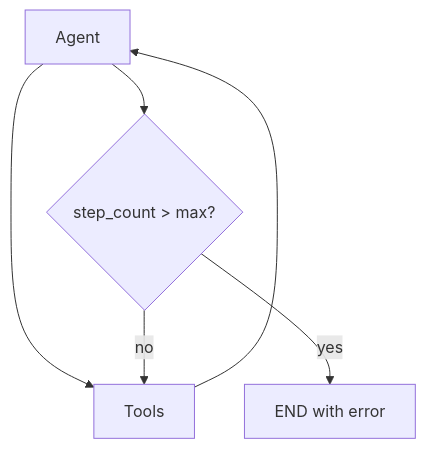
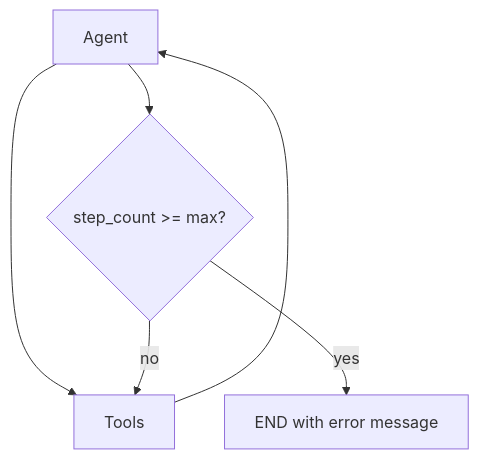
The diagram in AI/AI Development/modules/07-agents-langgraph/MODULE.md (codevoks/Learning), drawn with Mermaid before and after one commit. The commit also changed other lines of this file and 32 other files, not shown here.

````diff
--- a/AI/AI Development/modules/07-agents-langgraph/MODULE.md
+++ b/AI/AI Development/modules/07-agents-langgraph/MODULE.md
@@ -124,8 +355,8 @@
 ```mermaid
 flowchart TD
     Agent --> Tools
     Tools --> Agent
-    Agent --> Guard{"step_count > max?"}
-    Guard -->|yes| Fail["END with error"]
+    Agent --> Guard{"step_count >= max?"}
+    Guard -->|yes| Fail["END with error message"]
     Guard -->|no| Tools
 ```
````
